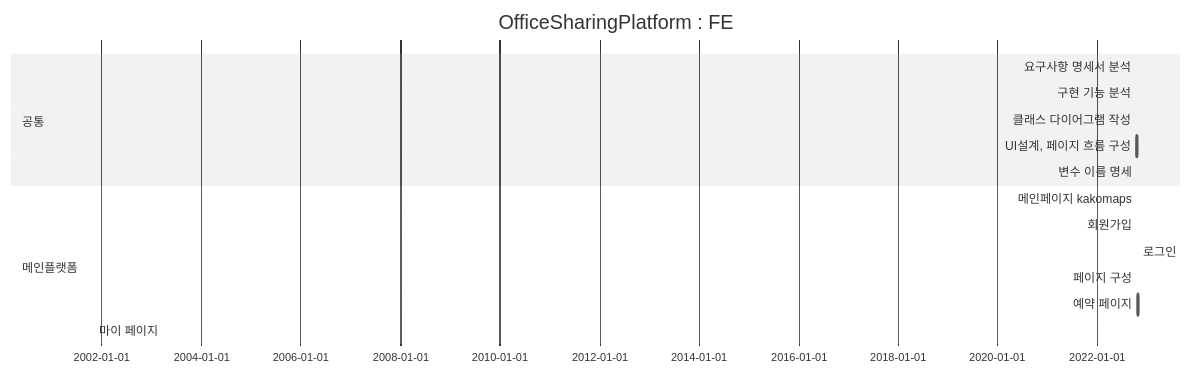
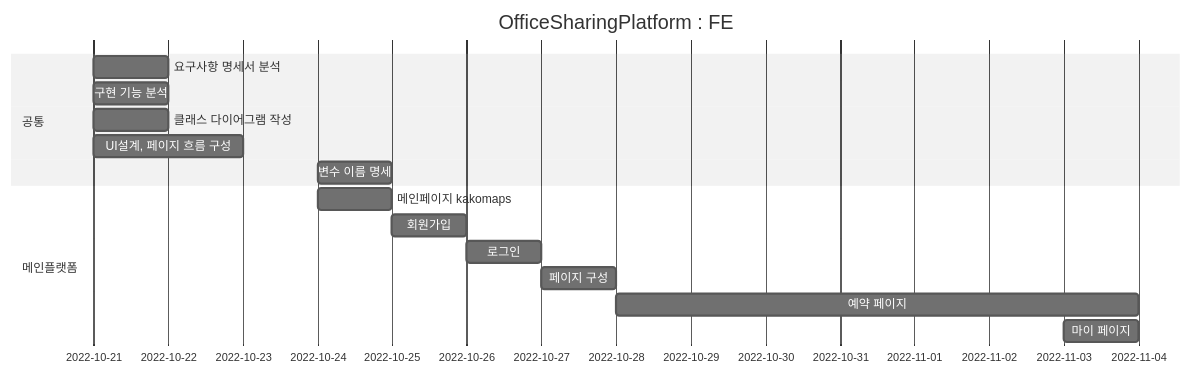
One commit to Hell-O-Demon-World/semi-OfficeSharingPlatform changed the second of 2 diagrams in README.md. Above: the diagram before and after it, drawn with Mermaid (neutral theme).

````diff
--- a/README.md
+++ b/README.md
@@ -37,23 +37,23 @@
 ```mermaid
 gantt
 dateFormat MM-DD
 title OfficeSharingPlatform : FE
 
     section 공통
     요구사항 명세서 분석      :chap1, 10-21, 1d
     구현 기능 분석          :chap2, 10-21, 1d
     클래스 다이어그램 작성    :chap3, 10-21, 1d
     UI설계, 페이지 흐름 구성          :chap4, 10-21, 2d
     변수 이름 명세          :chap5, 10-24, 1d
 
 
     section 메인플랫폼
     메인페이지 kakomaps     : chap1, 10-24, 1d
     회원가입                :chap2, 10-25, 1d
     로그인                 :chap3, 10-26, 1d
     페이지 구성            :chap4, 10-27, 1d
     예약 페이지            :chap5, 10-28, 7d
-    마이 페이지            :chap6, 11-3, 1d
+    마이 페이지            :chap6, 11-03, 1d
 
 
 ```
````
